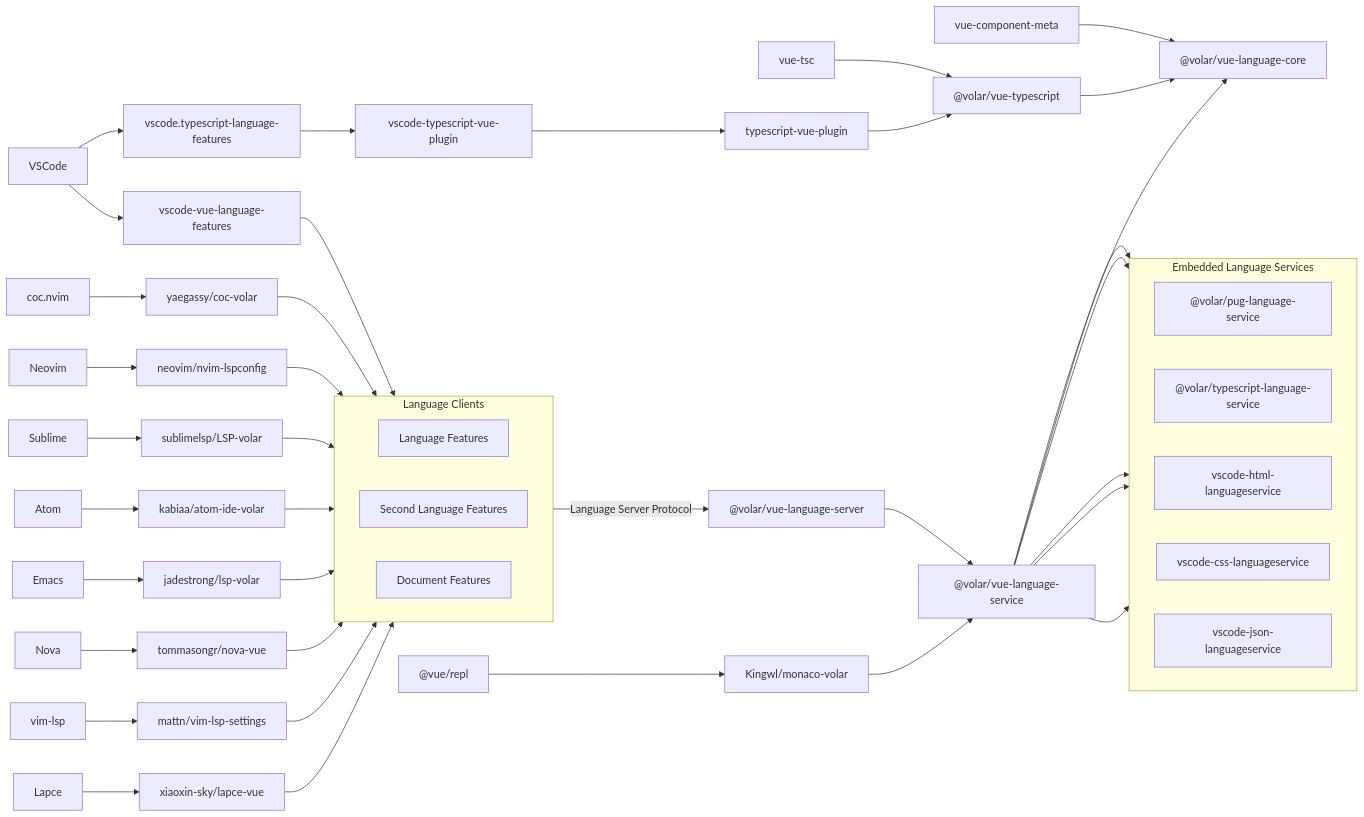
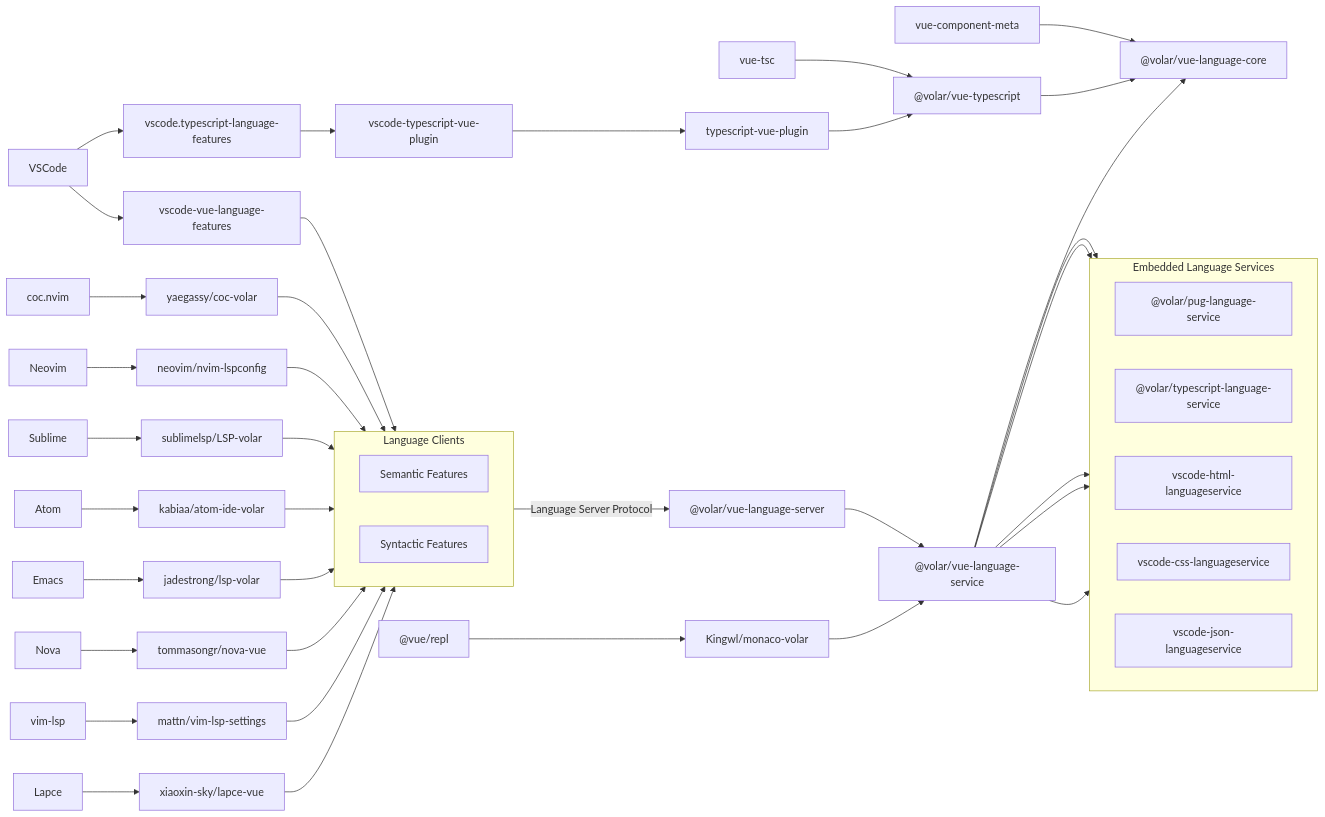
Before and after one commit to vuejs/language-tools: the diagram in README.md, drawn with Mermaid.

Commit message:
doc: 3 servers -> 2 servers

```diff
--- a/README.md
+++ b/README.md
@@ -167,14 +167,12 @@
 
 	subgraph VUE_CLIENTS[Language Clients]
 	  direction LR
-	  VUE_CLIENT_API[Language Features]
-	  VUE_CLIENT_DOC[Second Language Features]
-	  VUE_CLIENT_HTML[Document Features]
+	  VUE_CLIENT_SEMANTIC[Semantic Features]
+	  VUE_CLIENT_SYNTACTIC[Syntactic Features]
 	end
 
-	click VUE_CLIENT_API "https://github.com/johnsoncodehk/volar/discussions/393#discussioncomment-1213736"
-	click VUE_CLIENT_DOC "https://github.com/johnsoncodehk/volar/discussions/393#discussioncomment-1213736"
-	click VUE_CLIENT_HTML "https://github.com/johnsoncodehk/volar/discussions/393#discussioncomment-1213736"
+	click VUE_CLIENT_SEMANTIC "https://github.com/johnsoncodehk/volar/discussions/393#discussioncomment-1213736"
+	click VUE_CLIENT_SYNTACTIC "https://github.com/johnsoncodehk/volar/discussions/393#discussioncomment-1213736"
 
 	subgraph Embedded Language Services
 	  direction LR
```
